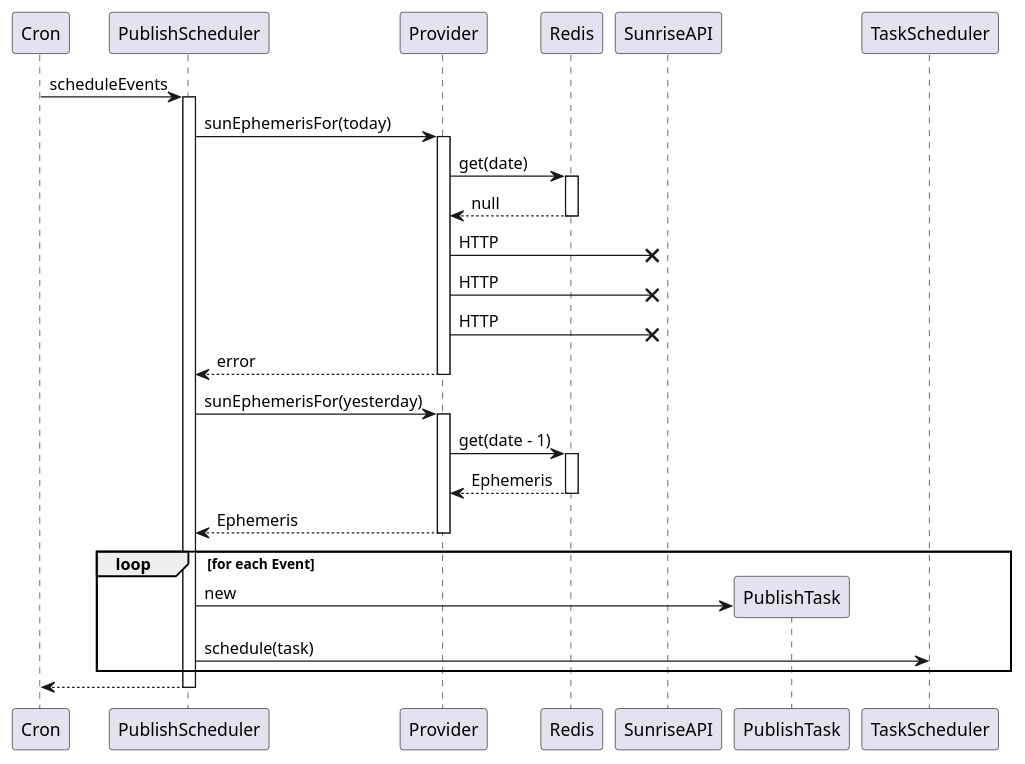
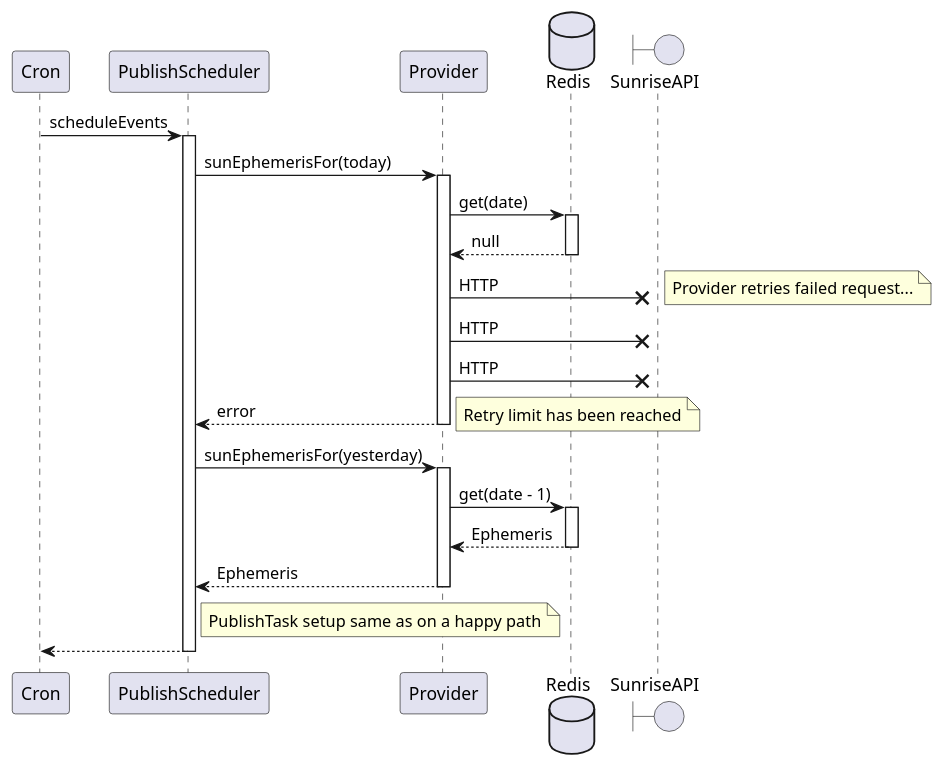
The diagram in etc/seq-alternate.puml (mwierzchowski/sun-ephemeris), drawn with PlantUML before and after one commit. The commit also changed 1 other file, not shown here.

```diff
--- a/etc/seq-alternate.puml
+++ b/etc/seq-alternate.puml
@@ -1,35 +1,35 @@
 @startuml
 
 Cron -> PublishScheduler : scheduleEvents
 activate PublishScheduler
 PublishScheduler -> Provider : sunEphemerisFor(today)
 activate Provider
+database Redis
 Provider -> Redis : get(date)
 activate Redis
 Provider <-- Redis : null
 deactivate Redis
+boundary SunriseAPI
 Provider ->x SunriseAPI : HTTP
+note right: Provider retries failed request...
 Provider ->x SunriseAPI : HTTP
 Provider ->x SunriseAPI : HTTP
 PublishScheduler <-- Provider : error
+note right: Retry limit has been reached
 deactivate Provider
 
 PublishScheduler -> Provider : sunEphemerisFor(yesterday)
 activate Provider
 Provider -> Redis : get(date - 1)
 activate Redis
 Provider <-- Redis : Ephemeris
 deactivate Redis
 PublishScheduler <-- Provider : Ephemeris
 deactivate Provider
 
-loop for each Event
-    create PublishTask
-    PublishScheduler -> PublishTask : new
-    PublishScheduler -> TaskScheduler : schedule(task)
-end
+note right of PublishScheduler: PublishTask setup same as on a happy path
 
 Cron <-- PublishScheduler
 deactivate PublishScheduler
 
 @enduml
```
